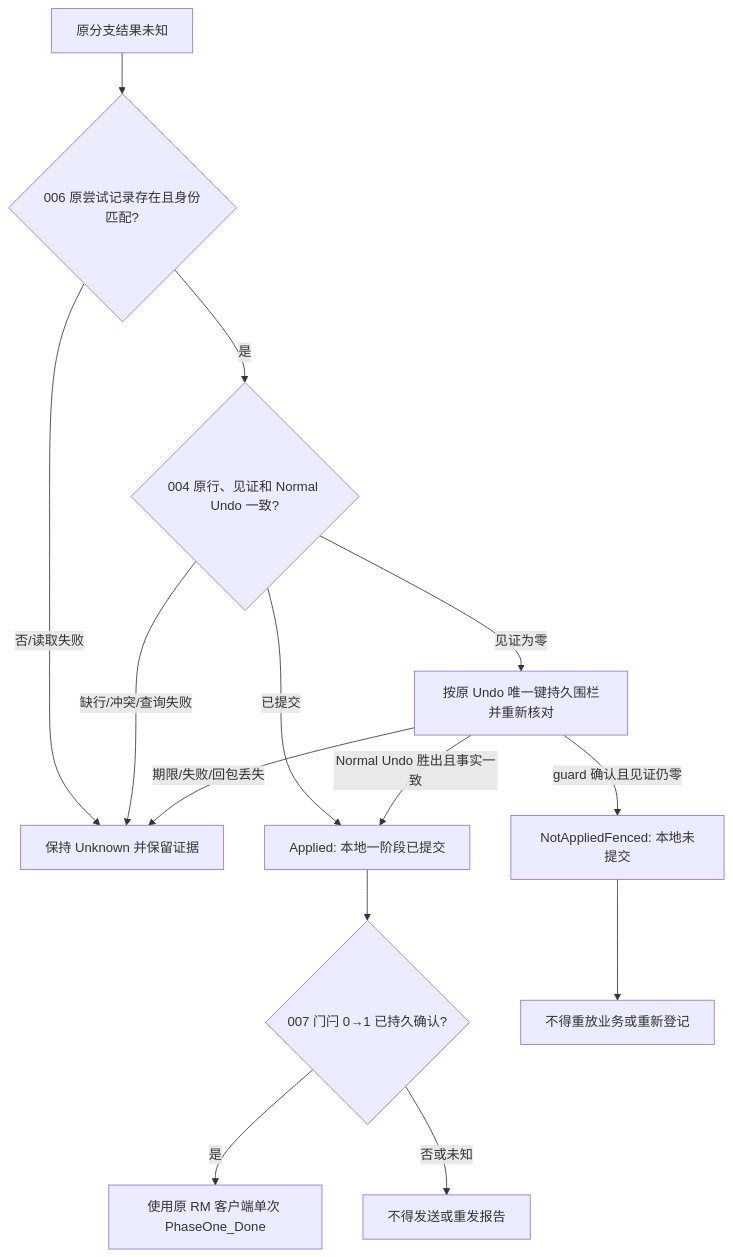
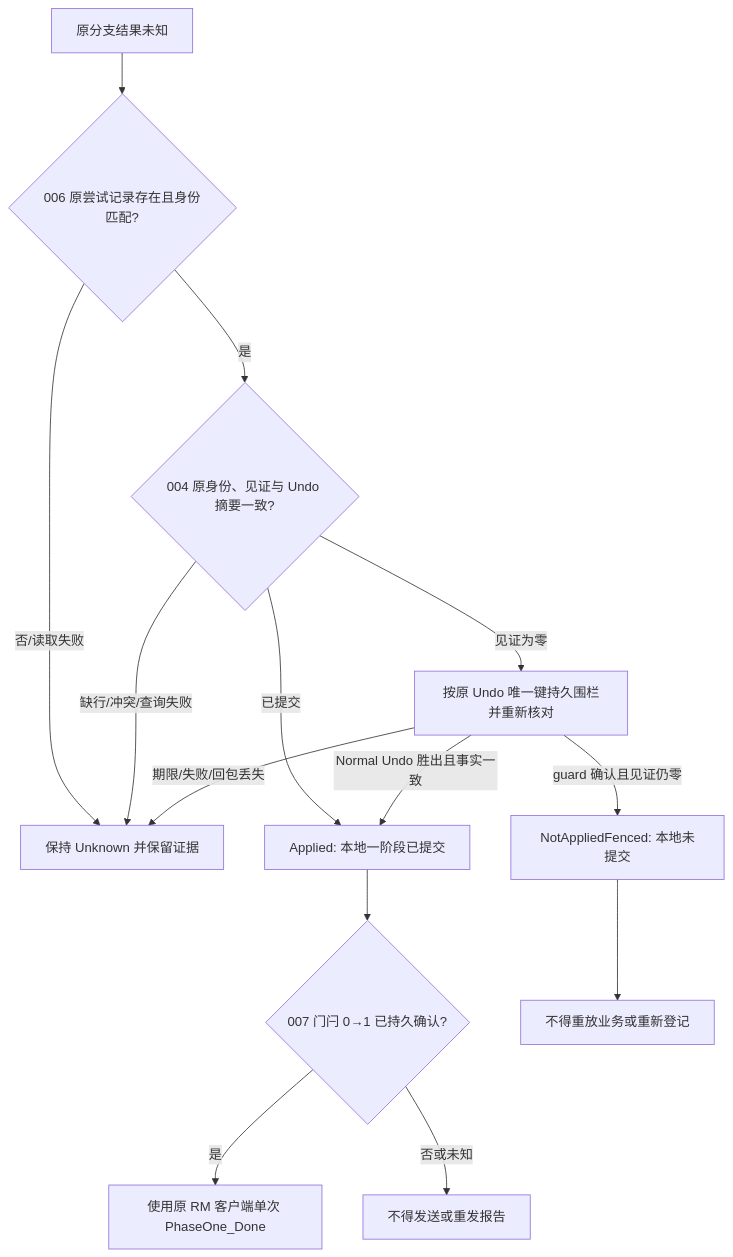
Before and after one commit to easy-4-rust/seata-rust: the diagram in docs/phase-2/v1-feature-matrix-and-recovery-guide.md, drawn with Mermaid. The commit also changed other lines of this file, not shown here.

````diff
--- a/docs/phase-2/v1-feature-matrix-and-recovery-guide.md
+++ b/docs/phase-2/v1-feature-matrix-and-recovery-guide.md
@@ -24,16 +25,16 @@
 ```mermaid
 flowchart TD
     Start[原分支结果未知] --> Record{006 原尝试记录存在且身份匹配?}
     Record -->|否/读取失败| Unknown[保持 Unknown 并保留证据]
-    Record -->|是| Observe{004 原行、见证和 Normal Undo 一致?}
+    Record -->|是| Observe{004 原身份、见证与 Undo 摘要一致?}
     Observe -->|已提交| Applied[Applied: 本地一阶段已提交]
     Observe -->|缺行/冲突/查询失败| Unknown
     Observe -->|见证为零| Fence[按原 Undo 唯一键持久围栏并重新核对]
     Fence -->|Normal Undo 胜出且事实一致| Applied
     Fence -->|guard 确认且见证仍零| NotApplied[NotAppliedFenced: 本地未提交]
     Fence -->|期限/失败/回包丢失| Unknown
     Applied --> Claim{007 门闩 0→1 已持久确认?}
     Claim -->|是| Report[使用原 RM 客户端单次 PhaseOne_Done]
     Claim -->|否或未知| NoReport[不得发送或重发报告]
     NotApplied --> NoReplay[不得重放业务或重新登记]
 ```
````
